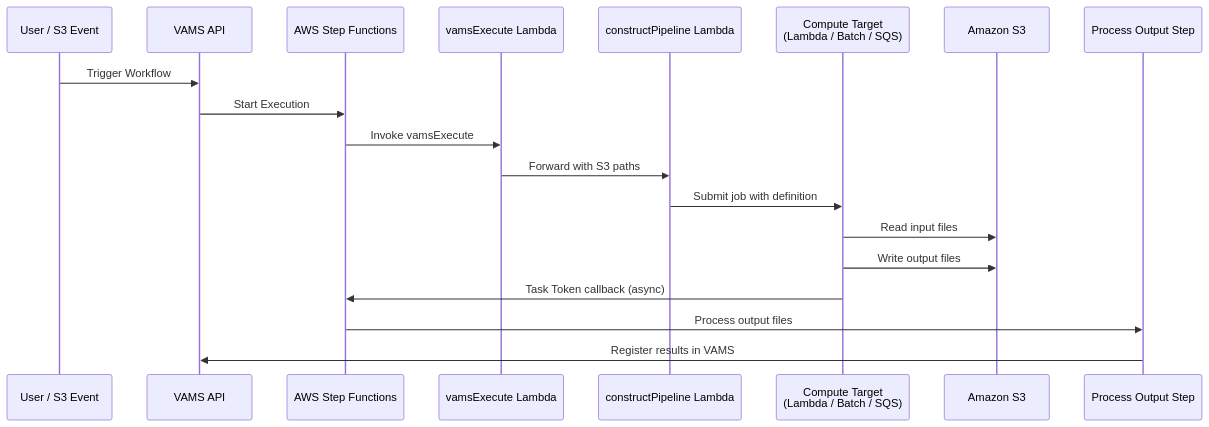
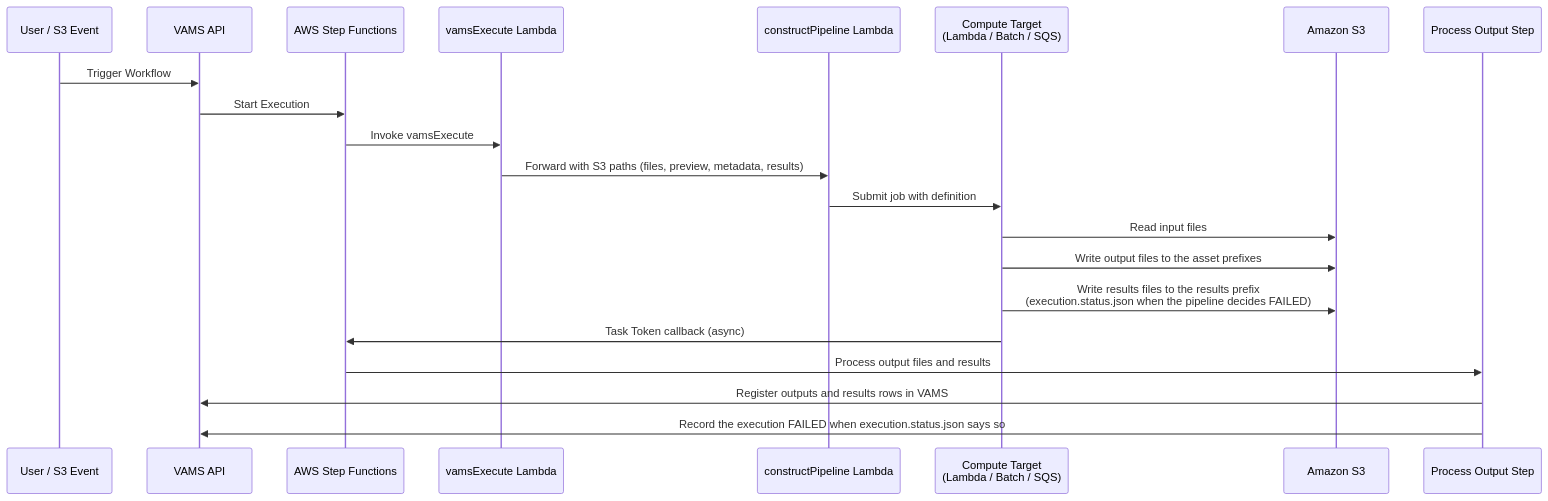
The second of 2 diagrams in documentation/docusaurus-site/docs/pipelines/overview.md (awslabs/visual-asset-management-system), drawn with Mermaid before and after one commit. The commit also changed other lines of this file and 60 other files, not shown here.

````diff
--- a/documentation/docusaurus-site/docs/pipelines/overview.md
+++ b/documentation/docusaurus-site/docs/pipelines/overview.md
@@ -55,22 +55,24 @@
 ```mermaid
 sequenceDiagram
     participant User as User / S3 Event
     participant API as VAMS API
     participant SFN as AWS Step Functions
     participant VE as vamsExecute Lambda
     participant CP as constructPipeline Lambda
     participant Compute as Compute Target<br/>(Lambda / Batch / SQS)
     participant S3 as Amazon S3
     participant PO as Process Output Step
 
     User->>API: Trigger Workflow
     API->>SFN: Start Execution
     SFN->>VE: Invoke vamsExecute
-    VE->>CP: Forward with S3 paths
+    VE->>CP: Forward with S3 paths (files, preview, metadata, results)
     CP->>Compute: Submit job with definition
     Compute->>S3: Read input files
-    Compute->>S3: Write output files
+    Compute->>S3: Write output files to the asset prefixes
+    Compute->>S3: Write results files to the results prefix<br/>(execution.status.json when the pipeline decides FAILED)
     Compute->>SFN: Task Token callback (async)
-    SFN->>PO: Process output files
-    PO->>API: Register results in VAMS
+    SFN->>PO: Process output files and results
+    PO->>API: Register outputs and results rows in VAMS
+    PO->>API: Record the execution FAILED when execution.status.json says so
 ```
````
